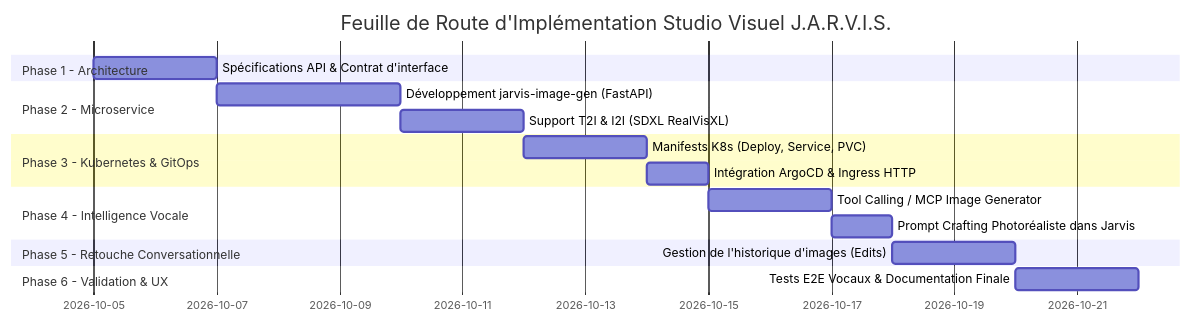
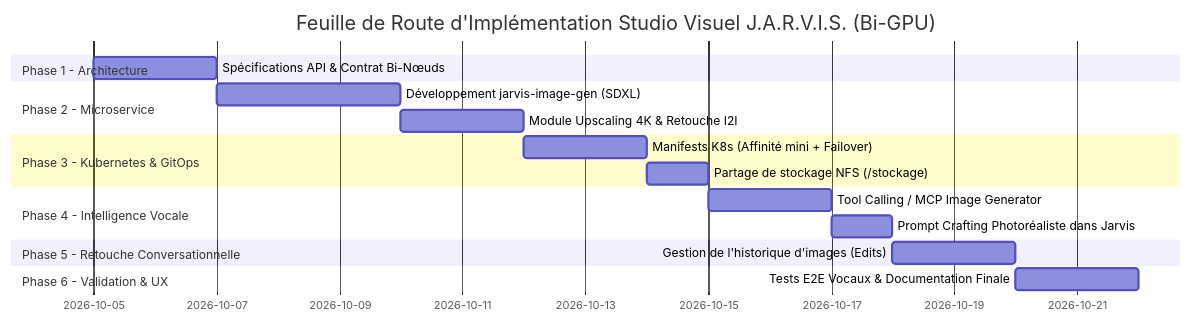
Before and after one commit to xelnagas/argocd-IA-local: the second of 2 diagrams in projetimage.md, drawn with Mermaid. The commit also changed other lines of this file, not shown here.

Commit message:
docs: integration de l'architecture Bi-GPU distribuee avec le noeud mini (RTX 2070 SUPER) dans projetimage.md

````diff
--- a/projetimage.md
+++ b/projetimage.md
@@ -105,20 +168,20 @@
 ```mermaid
 gantt
-    title Feuille de Route d'Implémentation Studio Visuel J.A.R.V.I.S.
+    title Feuille de Route d'Implémentation Studio Visuel J.A.R.V.I.S. (Bi-GPU)
     dateFormat  YYYY-MM-DD
     section Phase 1 - Architecture
-    Spécifications API & Contrat d'interface   :p1_1, 2026-10-05, 2d
+    Spécifications API & Contrat Bi-Nœuds       :p1_1, 2026-10-05, 2d
     section Phase 2 - Microservice
-    Développement jarvis-image-gen (FastAPI)   :p2_1, 2026-10-07, 3d
-    Support T2I & I2I (SDXL RealVisXL)        :p2_2, after p2_1, 2d
+    Développement jarvis-image-gen (SDXL)       :p2_1, 2026-10-07, 3d
+    Module Upscaling 4K & Retouche I2I         :p2_2, after p2_1, 2d
     section Phase 3 - Kubernetes & GitOps
-    Manifests K8s (Deploy, Service, PVC)      :p3_1, after p2_2, 2d
-    Intégration ArgoCD & Ingress HTTP         :p3_2, after p3_1, 1d
+    Manifests K8s (Affinité mini + Failover)   :p3_1, after p2_2, 2d
+    Partage de stockage NFS (/stockage)         :p3_2, after p3_1, 1d
     section Phase 4 - Intelligence Vocale
-    Tool Calling / MCP Image Generator        :p4_1, after p3_2, 2d
-    Prompt Crafting Photoréaliste dans Jarvis :p4_2, after p4_1, 1d
+    Tool Calling / MCP Image Generator          :p4_1, after p3_2, 2d
+    Prompt Crafting Photoréaliste dans Jarvis   :p4_2, after p4_1, 1d
     section Phase 5 - Retouche Conversationnelle
-    Gestion de l'historique d'images (Edits)  :p5_1, after p4_2, 2d
+    Gestion de l'historique d'images (Edits)    :p5_1, after p4_2, 2d
     section Phase 6 - Validation & UX
-    Tests E2E Vocaux & Documentation Finale   :p6_1, after p5_1, 2d
+    Tests E2E Vocaux & Documentation Finale     :p6_1, after p5_1, 2d
 ```
````
